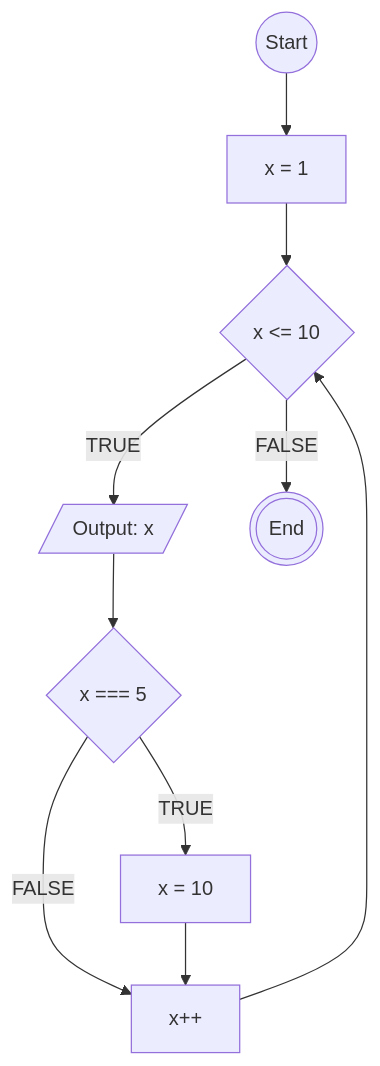
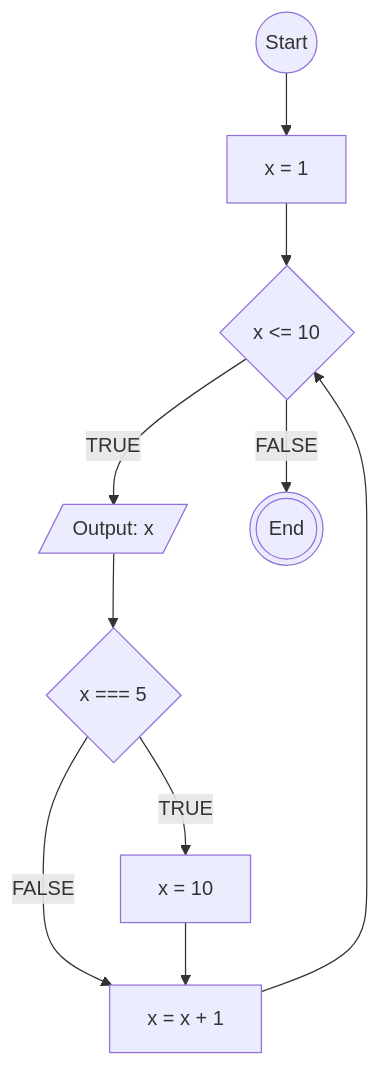
The diagram in flowchart-loop.md (makarim22/koda-b6-javascript1), drawn with Mermaid before and after one commit.

````diff
--- a/flowchart-loop.md
+++ b/flowchart-loop.md
@@ -2,30 +2,30 @@
 ```mermaid
 flowchart TD
 
 A@{ shape: circle, label: "Start" } --> B
 
 B@{ shape: rect, label: "x = 1" } --> C
 
 C@{ shape: diamond, label: "x <= 10" }
 
 D@{ shape: lean-r, label: "Output: x" }
 
 E@{ shape: diamond, label: "x === 5" }
 
 F@{ shape: rect, label: "x = 10" }
 
-G@{ shape: rect, label: "x++" }
+G@{ shape: rect, label: "x = x + 1" }
 
 H@{ shape: dbl-circ, label: "End" }
 
 C -->|TRUE| D
 C -->|FALSE| H
 
 D --> E
 
 E -- "TRUE" --> F
 E -- "FALSE" --> G
 
 F --> G
 G --> C
 ```
````
